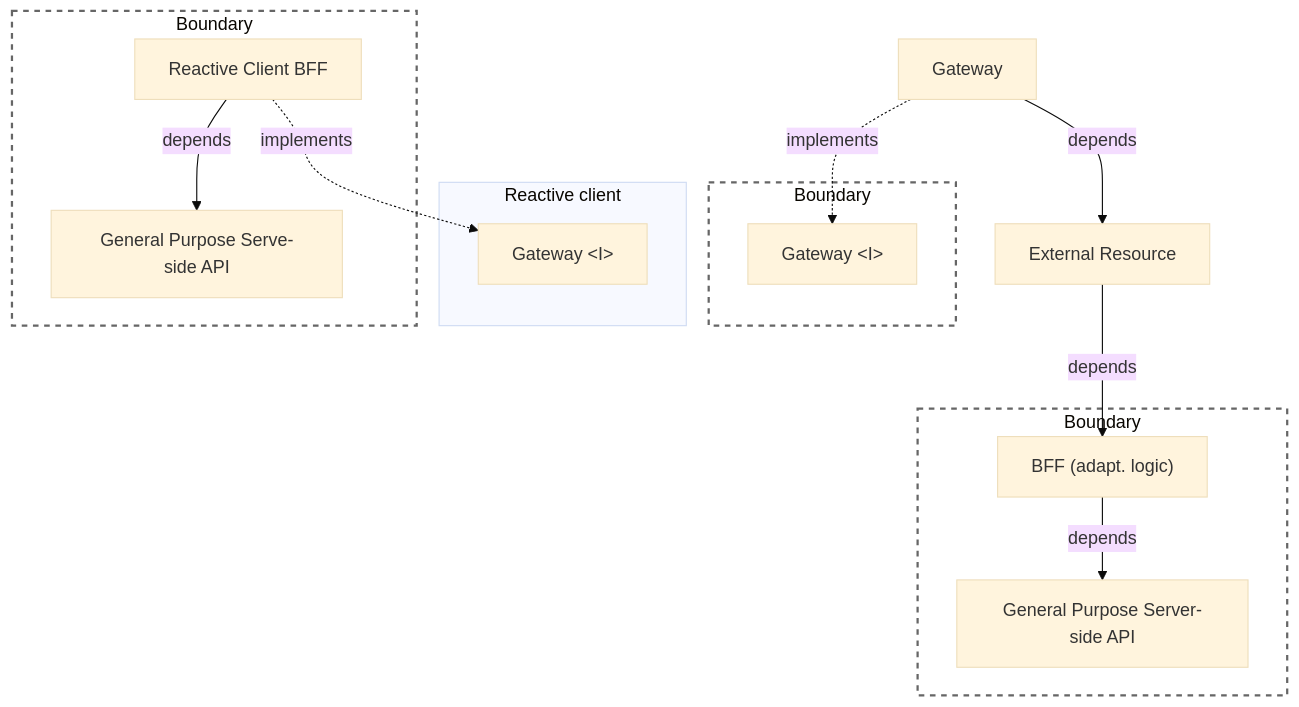
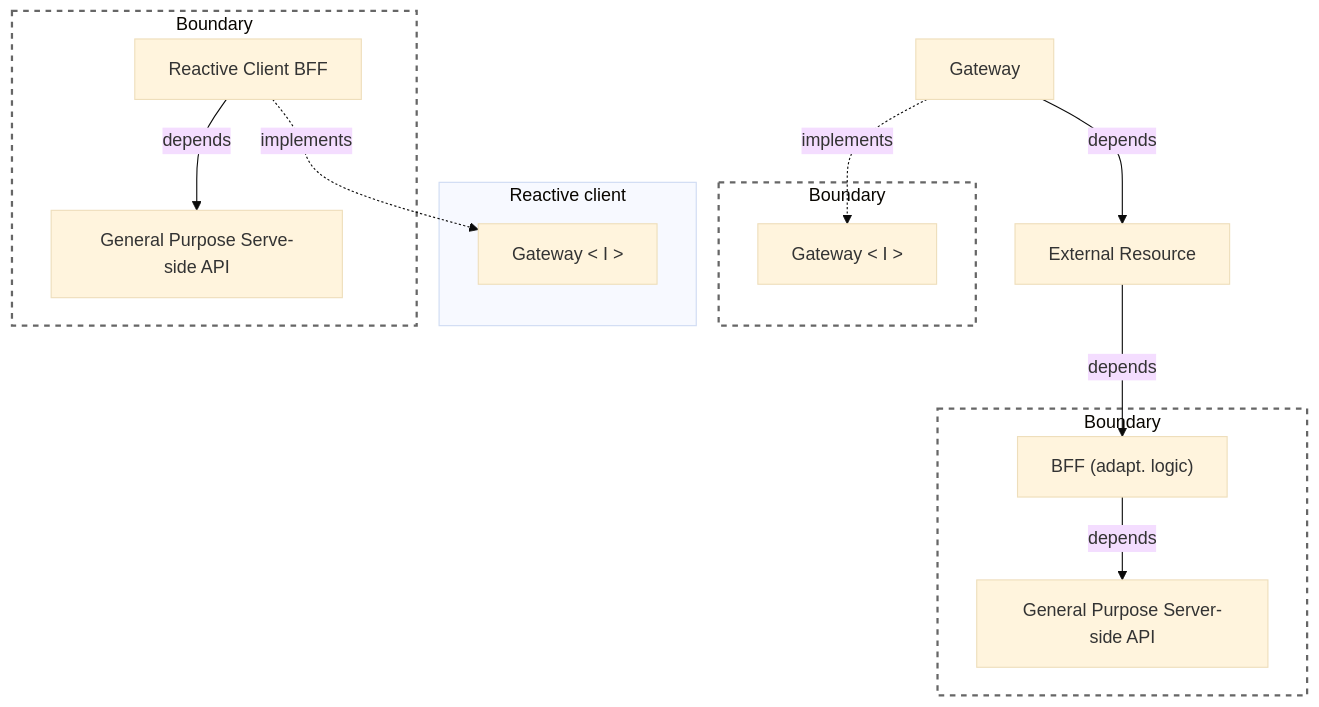
Before and after one commit to clean-reactive/documentation: diagram 16 of 16 in docs/architecture.md, drawn with Mermaid (base theme). The commit also changed other lines of this file, not shown here.

Commit message:
Docs: fix < > in mermaid

````diff
--- a/docs/architecture.md
+++ b/docs/architecture.md
@@ -1023,35 +1023,35 @@
 ```mermaid
 graph TD
 
 subgraph B1["Boundary"]
-  GI["Gateway &lt;I&gt;"]
+  GI["Gateway < I >"]
 end
 G["Gateway"]
 ER["External Resource"]
 
 subgraph B2["Boundary"]
   BFF["BFF (adapt. logic)"]
   GAPI["General Purpose Server-side API"]
 end
 
 G -. implements .-> GI
 G -- depends --> ER
 ER -- depends --> BFF
 BFF -- depends --> GAPI
 
 %% high-level relations
 subgraph RCC["Reactive client"]
-  CGI["Gateway &lt;I&gt;"]
+  CGI["Gateway < I >"]
 end
 
 subgraph B3["Boundary"]
   CBFF["Reactive Client BFF"]
   CGAPI["General Purpose Serve-side API"]
 end
 
 CBFF -. implements .-> CGI
 CBFF -- depends --> CGAPI
 
 classDef boundary fill:none,stroke:#666,stroke-width:2px,stroke-dasharray: 5 5;
 class B1,B2,B3 boundary;
 ```
````
